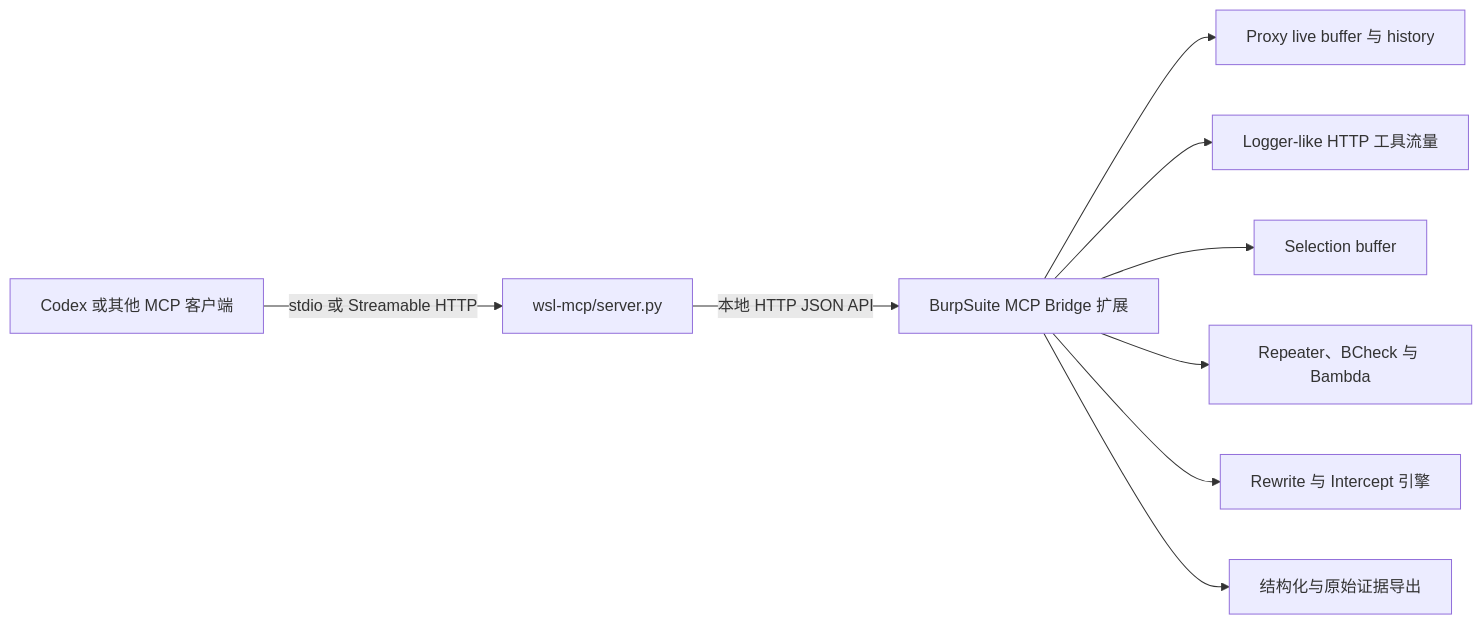
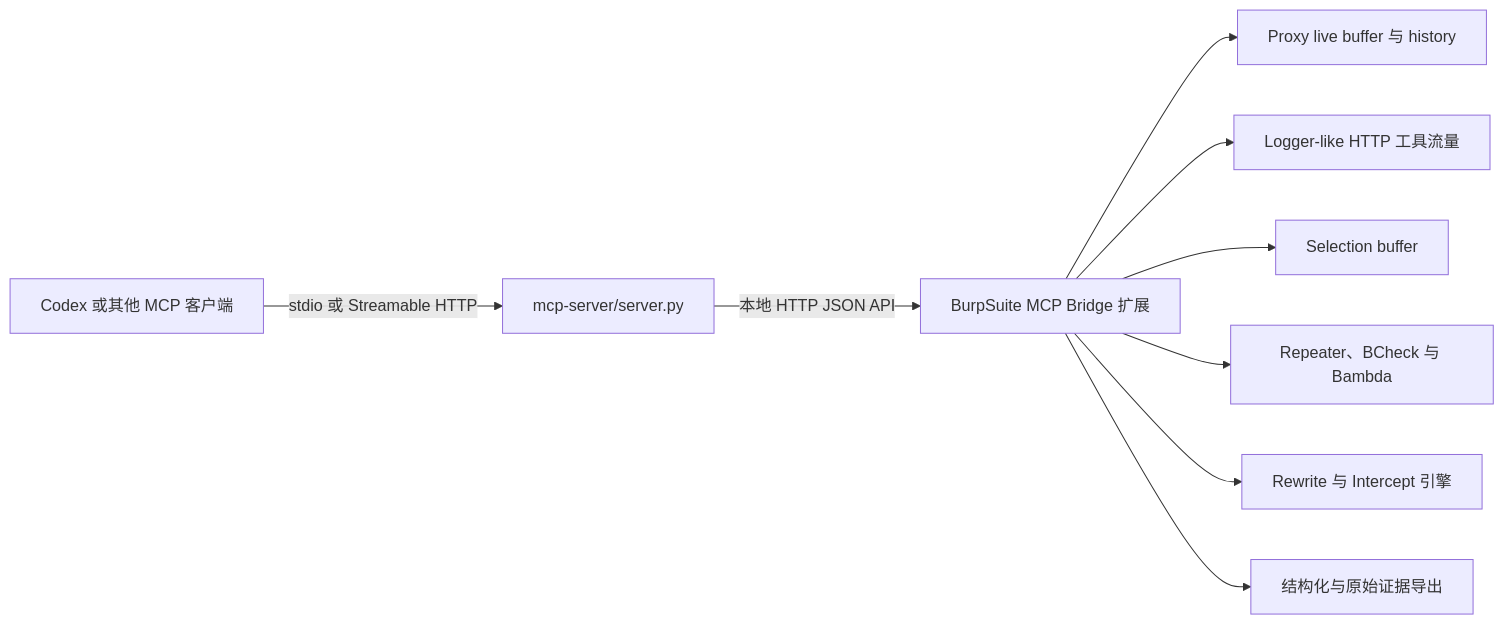
Before and after one commit to 6jeffr3y/burpsuite-mcp-bridge: the diagram in README.md, drawn with Mermaid. The commit also changed other lines of this file and 27 other files, not shown here.

````diff
--- a/README.md
+++ b/README.md
@@ -26,11 +26,11 @@
 ```mermaid
 flowchart LR
-  C[Codex 或其他 MCP 客户端] -->|stdio 或 Streamable HTTP| M[wsl-mcp/server.py]
+  C[Codex 或其他 MCP 客户端] -->|stdio 或 Streamable HTTP| M[mcp-server/server.py]
   M -->|本地 HTTP JSON API| B[BurpSuite MCP Bridge 扩展]
   B --> P[Proxy live buffer 与 history]
   B --> L[Logger-like HTTP 工具流量]
   B --> S[Selection buffer]
   B --> R[Repeater、BCheck 与 Bambda]
   B --> W[Rewrite 与 Intercept 引擎]
   B --> E[结构化与原始证据导出]
 ```
````
